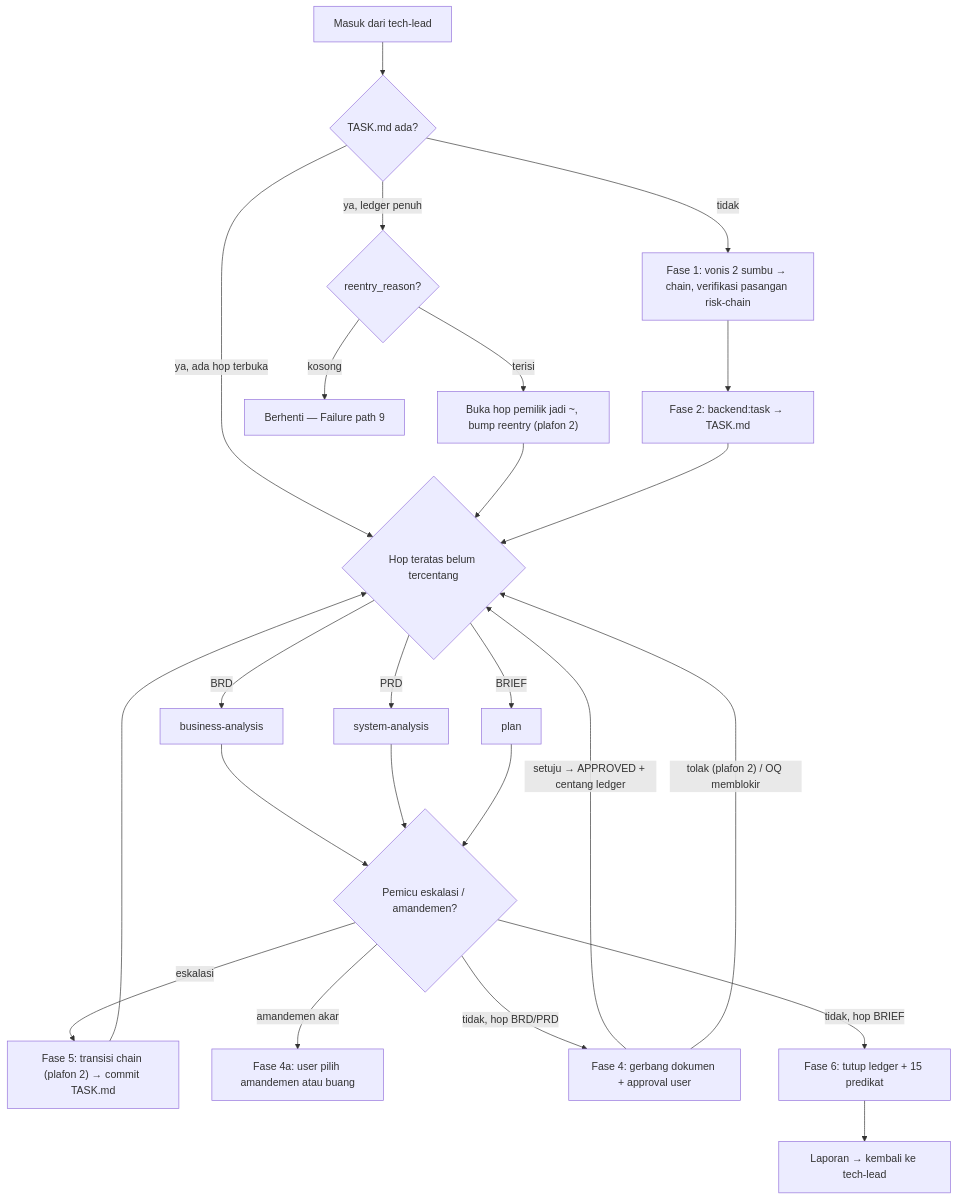
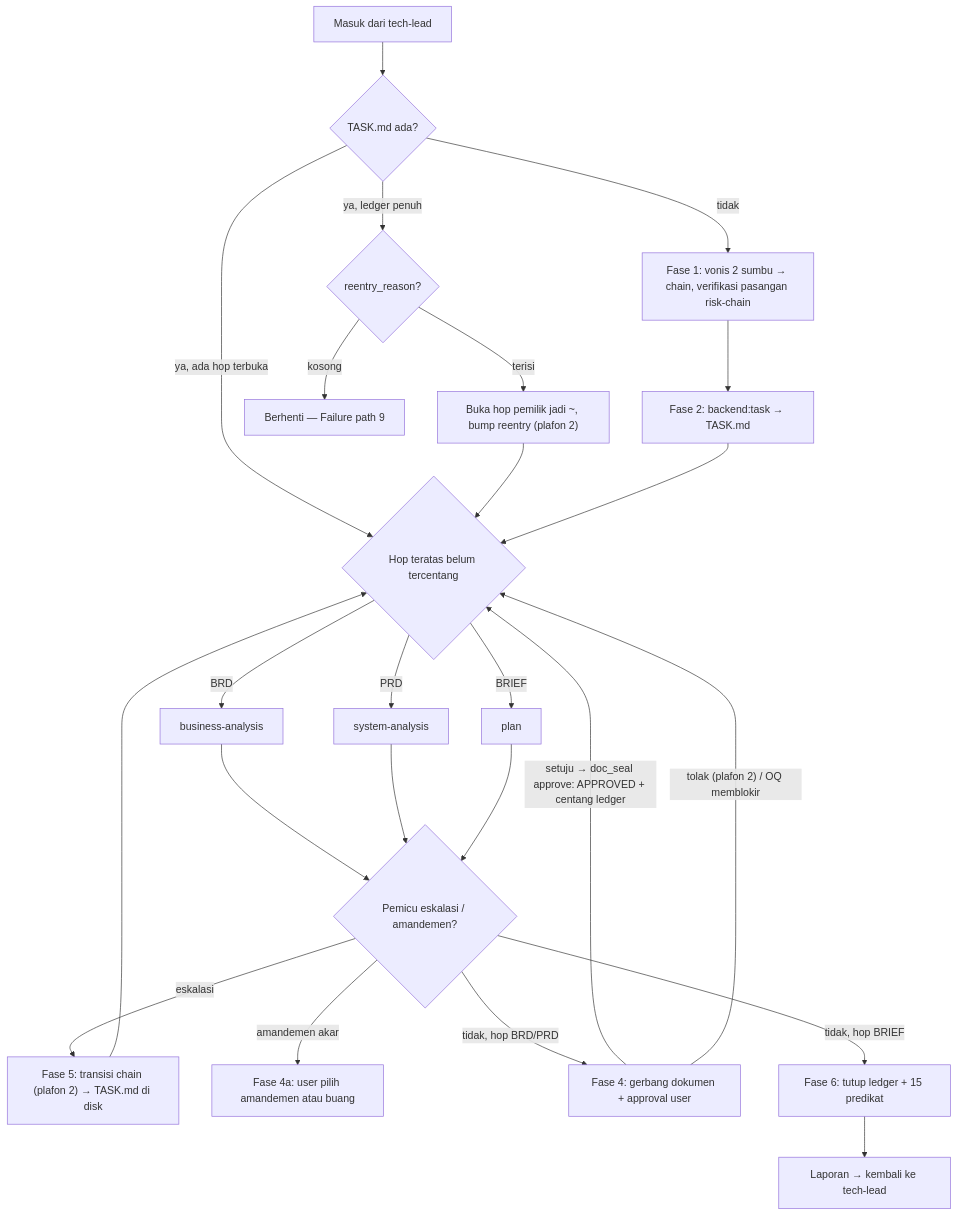
Before and after one commit to nataflow/agentic-workflow: the third of 7 diagrams in flow/backend.md, drawn with Mermaid. The commit also changed other lines of this file and 4 other files, not shown here.

First line of the commit message:
docs: peta alur, README, dan CLAUDE.md selaras dokumen taskdir lepas git — materai doc_seal, Riwayat Rantai, migrasi, cermin dari disk (24 D1)

````diff
--- a/flow/backend.md
+++ b/flow/backend.md
@@ -222,26 +225,26 @@
 ```mermaid
 flowchart TD
     S["Masuk dari tech-lead"] --> R{"TASK.md ada?"}
     R -->|tidak| C1["Fase 1: vonis 2 sumbu → chain, verifikasi pasangan risk-chain"]
     C1 --> C2["Fase 2: backend:task → TASK.md"]
     R -->|"ya, ada hop terbuka"| H
     R -->|"ya, ledger penuh"| RR{"reentry_reason?"}
     RR -->|kosong| FAILX["Berhenti — Failure path 9"]
     RR -->|terisi| OPEN["Buka hop pemilik jadi ~, bump reentry (plafon 2)"]
     OPEN --> H
     C2 --> H{"Hop teratas belum tercentang"}
     H -->|BRD| BA["business-analysis"]
     H -->|PRD| SA["system-analysis"]
     H -->|BRIEF| PL["plan"]
     BA --> ESCQ{"Pemicu eskalasi / amandemen?"}
     SA --> ESCQ
     PL --> ESCQ
-    ESCQ -->|eskalasi| E5["Fase 5: transisi chain (plafon 2) → commit TASK.md"]
+    ESCQ -->|eskalasi| E5["Fase 5: transisi chain (plafon 2) → TASK.md di disk"]
     E5 --> H
     ESCQ -->|amandemen akar| A4["Fase 4a: user pilih amandemen atau buang"]
     ESCQ -->|"tidak, hop BRD/PRD"| G4["Fase 4: gerbang dokumen + approval user"]
     ESCQ -->|"tidak, hop BRIEF"| G6["Fase 6: tutup ledger + 15 predikat"]
-    G4 -->|"setuju → APPROVED + centang ledger"| H
+    G4 -->|"setuju → doc_seal approve: APPROVED + centang ledger"| H
     G4 -->|"tolak (plafon 2) / OQ memblokir"| H
     G6 --> OUT["Laporan → kembali ke tech-lead"]
 ```
````
